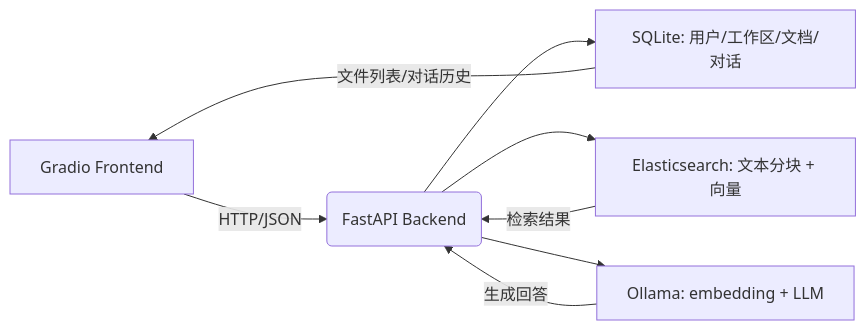
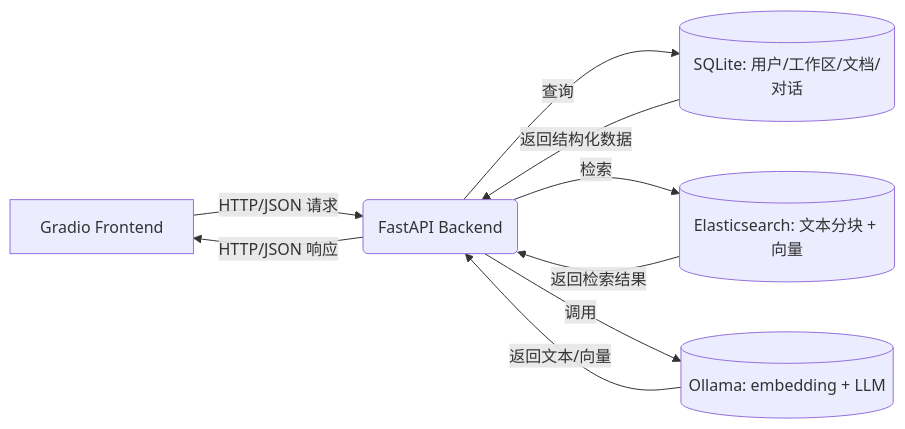
Before and after one commit to zilong-ding/smallRAG: the diagram in README.md, drawn with Mermaid. The commit also changed other lines of this file and 1 other file, not shown here.

Commit message:
修改整体架构图

````diff
--- a/README.md
+++ b/README.md
@@ -5,10 +5,11 @@
 ```mermaid
 graph LR
-    A[Gradio Frontend] -->|HTTP/JSON| B(FastAPI Backend)
-    B --> C[SQLite: 用户/工作区/文档/对话]
-    B --> D[Elasticsearch: 文本分块 + 向量]
-    B --> E[Ollama: embedding + LLM]
-    D -->|检索结果| B
-    C -->|文件列表/对话历史| A
-    E -->|生成回答| B
+    A[Gradio Frontend] -->|HTTP/JSON 请求| B(FastAPI Backend)
+    B -->|查询| C[(SQLite: 用户/工作区/文档/对话)]
+    B -->|检索| D[(Elasticsearch: 文本分块 + 向量)]
+    B -->|调用| E[(Ollama: embedding + LLM)]
+    D -->|返回检索结果| B
+    C -->|返回结构化数据| B
+    E -->|返回文本/向量| B
+    B -->|HTTP/JSON 响应| A
 ```
````
